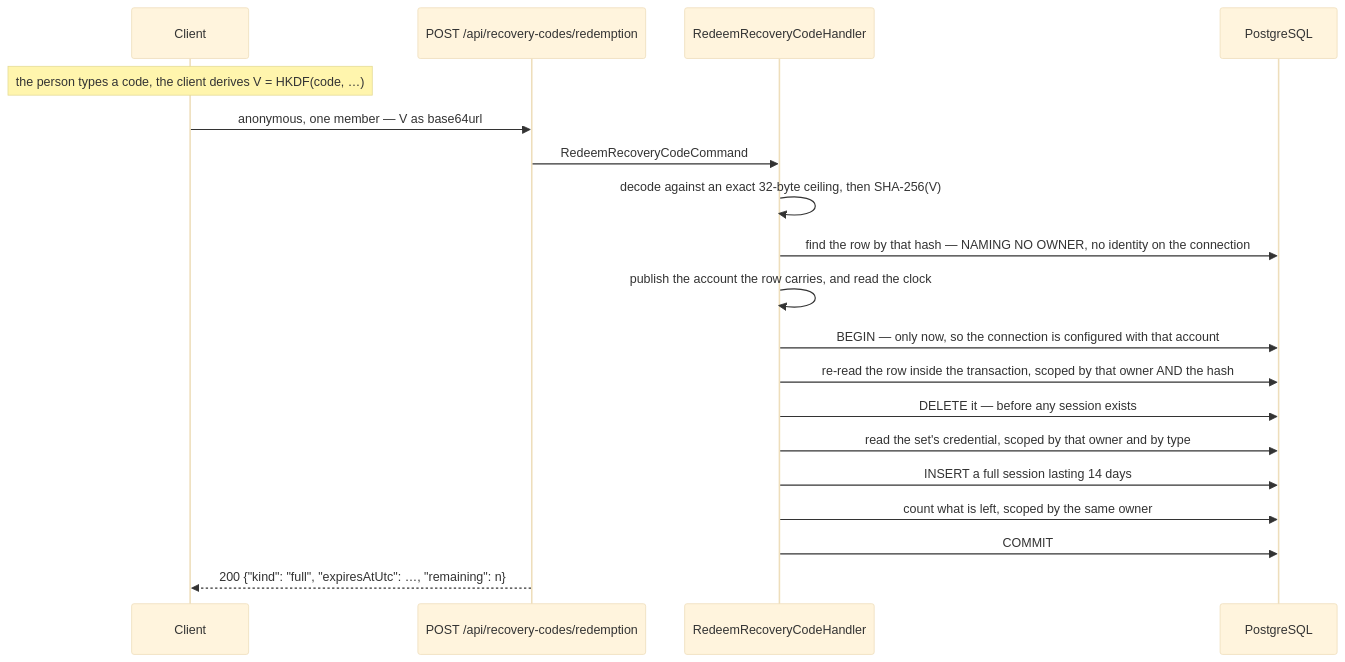
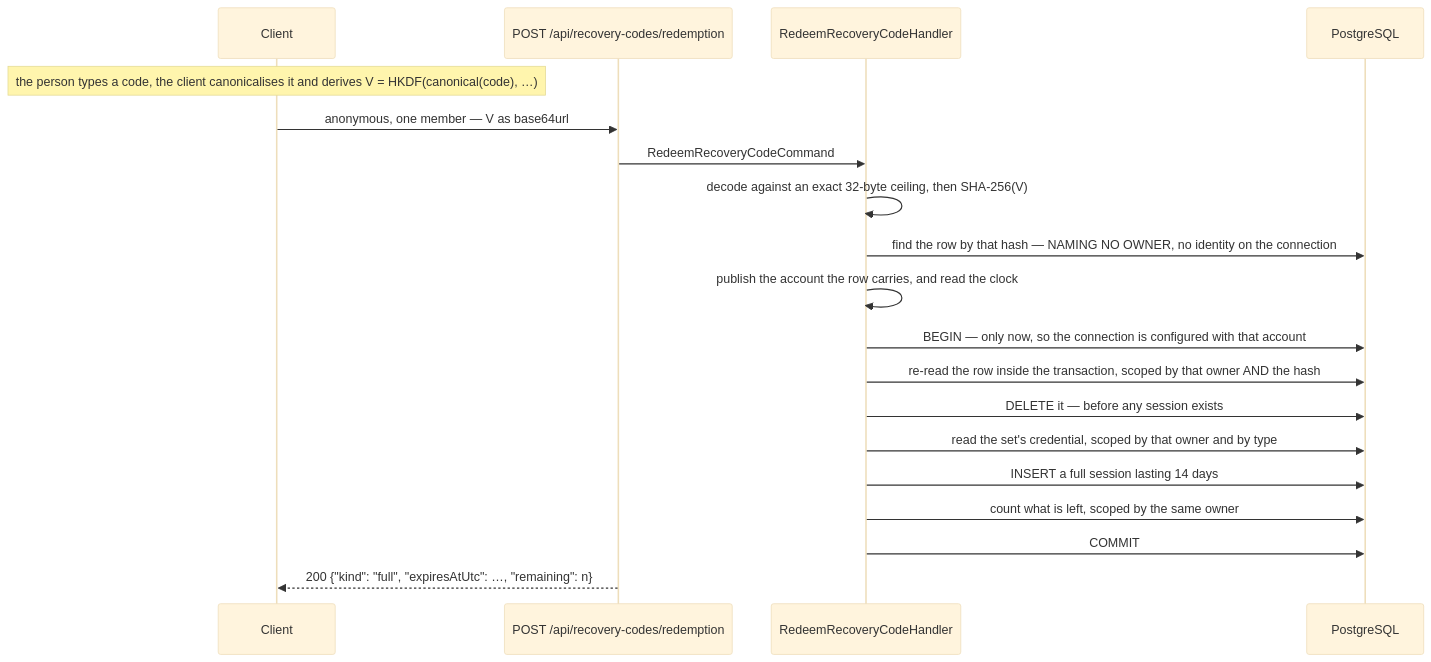
Before and after one commit to anton-kochev/budgetoid: the fourth of 4 diagrams in docs/business-logic/recovery-codes.md, drawn with Mermaid (base theme). The commit also changed other lines of this file and 12 other files, not shown here.

````diff
--- a/docs/business-logic/recovery-codes.md
+++ b/docs/business-logic/recovery-codes.md
@@ -677,22 +721,22 @@
 ```mermaid
 sequenceDiagram
     participant C as Client
     participant R as POST /api/recovery-codes/redemption
     participant H as RedeemRecoveryCodeHandler
     participant D as PostgreSQL
 
-    Note over C: the person types a code, the client derives V = HKDF(code, …)
+    Note over C: the person types a code, the client canonicalises it and derives V = HKDF(canonical(code), …)
     C->>R: anonymous, one member — V as base64url
     R->>H: RedeemRecoveryCodeCommand
     H->>H: decode against an exact 32-byte ceiling, then SHA-256(V)
     H->>D: find the row by that hash — NAMING NO OWNER, no identity on the connection
     H->>H: publish the account the row carries, and read the clock
     H->>D: BEGIN — only now, so the connection is configured with that account
     H->>D: re-read the row inside the transaction, scoped by that owner AND the hash
     H->>D: DELETE it — before any session exists
     H->>D: read the set's credential, scoped by that owner and by type
     H->>D: INSERT a full session lasting 14 days
     H->>D: count what is left, scoped by the same owner
     H->>D: COMMIT
     R-->>C: 200 {"kind": "full", "expiresAtUtc": …, "remaining": n}
 ```
````
